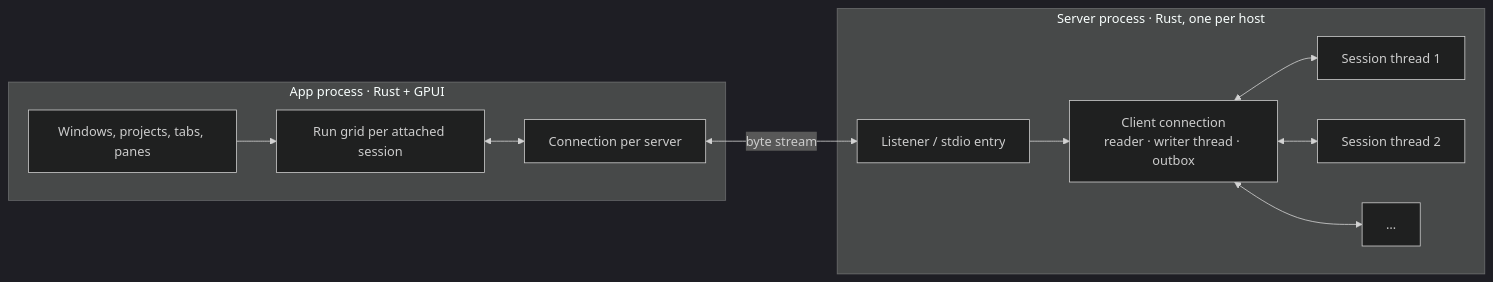
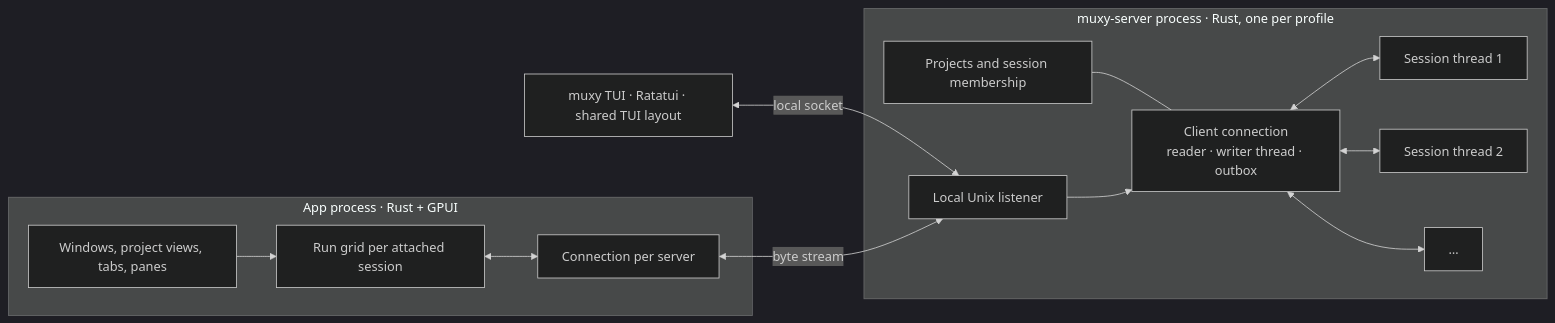
The first of 4 diagrams in docs/tech/architecture.md (guppylab/muxy), drawn with Mermaid (dark theme) before and after one commit. The commit also changed other lines of this file and 196 other files, not shown here.

First line of the commit message:
Add standalone CLI/TUI with shared server projects and sessions

````diff
--- a/docs/tech/architecture.md
+++ b/docs/tech/architecture.md
@@ -8,22 +8,25 @@
 ```mermaid
 flowchart LR
     subgraph APP["App process · Rust + GPUI"]
-        UI["Windows, projects, tabs, panes"]
+        UI["Windows, project views, tabs, panes"]
         GRID["Run grid per attached session"]
         CONN["Connection per server"]
     end
-    subgraph SERVER["Server process · Rust, one per host"]
-        ACCEPT["Listener / stdio entry"]
+    subgraph SERVER["muxy-server process · Rust, one per profile"]
+        ACCEPT["Local Unix listener"]
+        CATALOG["Projects and session membership"]
         CLIENT["Client connection<br/>reader · writer thread · outbox"]
         S1["Session thread 1"]
         S2["Session thread 2"]
         SN["…"]
     end
+    TUI["muxy TUI · Ratatui · shared TUI layout"] <-->|"local socket"| ACCEPT
+    CATALOG --- CLIENT
     UI --> GRID
     GRID <--> CONN
     CONN <-->|"byte stream"| ACCEPT
     ACCEPT --> CLIENT
     CLIENT <--> S1
     CLIENT <--> S2
     CLIENT <--> SN
 ```
````
